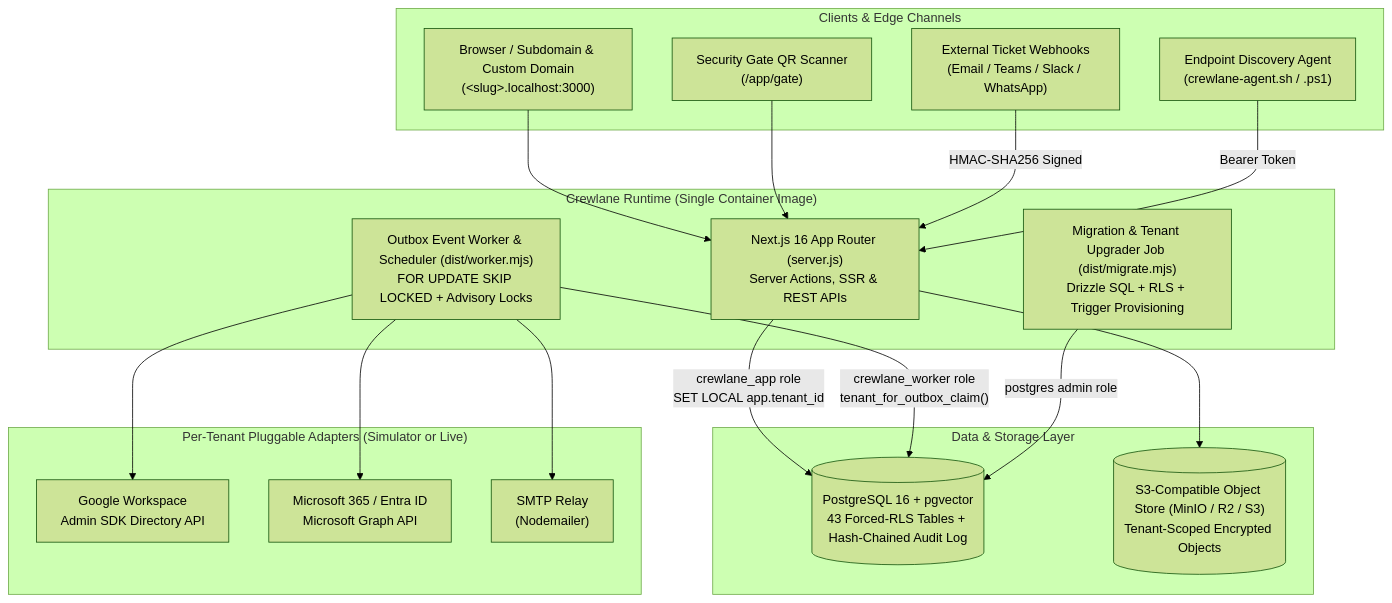
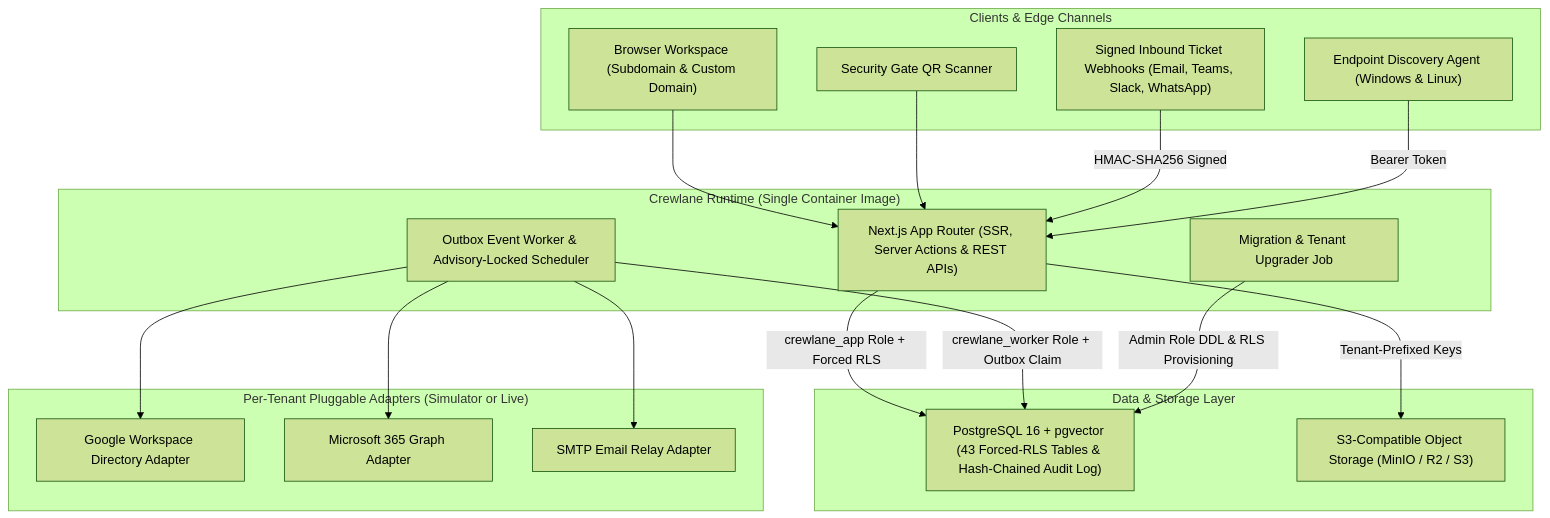
The first of 3 diagrams in docs/ARCHITECTURE.md (CDT-Foundation/Crewlane), drawn with Mermaid (forest theme) before and after one commit. The commit also changed other lines of this file and 1 other file, not shown here.

Commit message:
docs: fix mermaid diagram syntax in README and ARCHITECTURE docs

````diff
--- a/docs/ARCHITECTURE.md
+++ b/docs/ARCHITECTURE.md
@@ -15,39 +15,39 @@
 ```mermaid
-flowchart TB
+flowchart TD
     subgraph Clients["Clients & Edge Channels"]
-        Browser["Browser / Subdomain & Custom Domain<br/>(&lt;slug&gt;.localhost:3000)"]
-        GateScanner["Security Gate QR Scanner<br/>(/app/gate)"]
-        InboundChannels["External Ticket Webhooks<br/>(Email / Teams / Slack / WhatsApp)"]
-        DeviceAgent["Endpoint Discovery Agent<br/>(crewlane-agent.sh / .ps1)"]
+        Browser["Browser Workspace (Subdomain & Custom Domain)"]
+        GateScanner["Security Gate QR Scanner"]
+        InboundChannels["Signed Inbound Ticket Webhooks (Email, Teams, Slack, WhatsApp)"]
+        DeviceAgent["Endpoint Discovery Agent (Windows & Linux)"]
     end
 
     subgraph Runtime["Crewlane Runtime (Single Container Image)"]
-        Web["Next.js 16 App Router (server.js)<br/>Server Actions, SSR & REST APIs"]
-        Worker["Outbox Event Worker & Scheduler (dist/worker.mjs)<br/>FOR UPDATE SKIP LOCKED + Advisory Locks"]
-        Migrate["Migration & Tenant Upgrader Job (dist/migrate.mjs)<br/>Drizzle SQL + RLS + Trigger Provisioning"]
+        Web["Next.js App Router (SSR, Server Actions & REST APIs)"]
+        Worker["Outbox Event Worker & Advisory-Locked Scheduler"]
+        Migrate["Migration & Tenant Upgrader Job"]
     end
 
     subgraph DataLayer["Data & Storage Layer"]
-        PG[("PostgreSQL 16 + pgvector<br/>43 Forced-RLS Tables + Hash-Chained Audit Log")]
-        S3[("S3-Compatible Object Store (MinIO / R2 / S3)<br/>Tenant-Scoped Encrypted Objects")]
+        PG["PostgreSQL 16 + pgvector (43 Forced-RLS Tables & Hash-Chained Audit Log)"]
+        S3["S3-Compatible Object Storage (MinIO / R2 / S3)"]
     end
 
     subgraph Adapters["Per-Tenant Pluggable Adapters (Simulator or Live)"]
-        GWS["Google Workspace<br/>Admin SDK Directory API"]
-        M365["Microsoft 365 / Entra ID<br/>Microsoft Graph API"]
-        SMTP["SMTP Relay<br/>(Nodemailer)"]
+        GWS["Google Workspace Directory Adapter"]
+        M365["Microsoft 365 Graph Adapter"]
+        SMTP["SMTP Email Relay Adapter"]
     end
 
     Browser --> Web
     GateScanner --> Web
     InboundChannels -->|"HMAC-SHA256 Signed"| Web
     DeviceAgent -->|"Bearer Token"| Web
 
-    Web -->|"crewlane_app role<br/>SET LOCAL app.tenant_id"| PG
-    Web --> S3
-    Worker -->|"crewlane_worker role<br/>tenant_for_outbox_claim()"| PG
+    Web -->|"crewlane_app Role + Forced RLS"| PG
+    Web -->|"Tenant-Prefixed Keys"| S3
+    Worker -->|"crewlane_worker Role + Outbox Claim"| PG
     Worker --> GWS
     Worker --> M365
     Worker --> SMTP
-    Migrate -->|"postgres admin role"| PG
+    Migrate -->|"Admin Role DDL & RLS Provisioning"| PG
 ```
````
